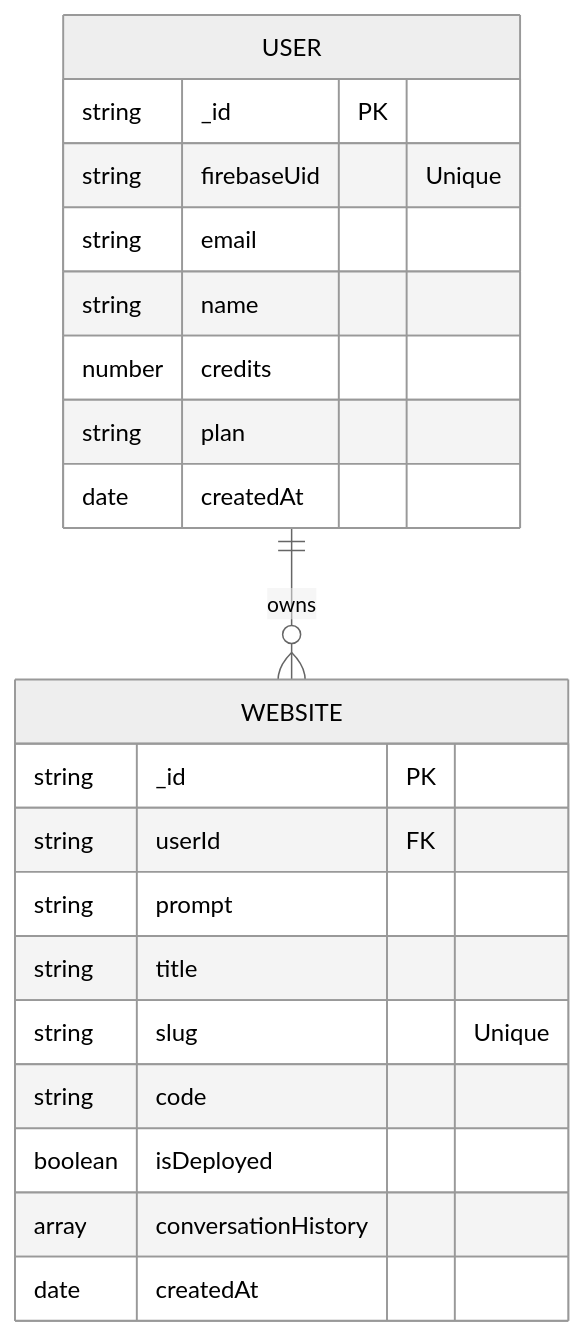
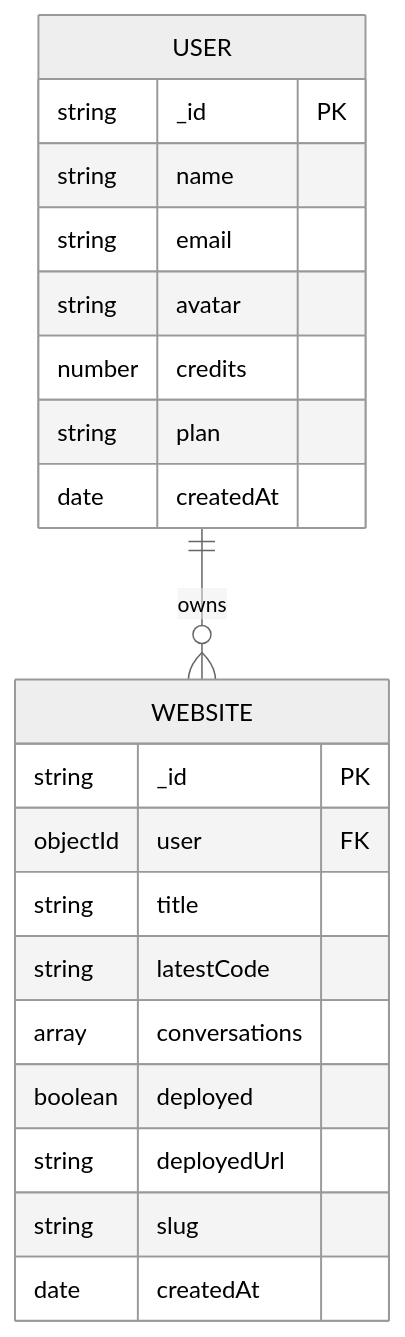
One commit to sshivanshg/gen-web-ai-main changed the third of 3 diagrams in README.md. Above: the diagram before and after it, drawn with Mermaid (neutral theme). The commit also changed other lines of this file and 8 other files, not shown here.

````diff
--- a/README.md
+++ b/README.md
@@ -153,24 +135,24 @@
 ```mermaid
 erDiagram
     USER ||--o{ WEBSITE : owns
     USER {
         string _id PK
-        string firebaseUid "Unique"
+        string name
         string email
-        string name
+        string avatar
         number credits
         string plan
         date createdAt
     }
     WEBSITE {
         string _id PK
-        string userId FK
-        string prompt
+        objectId user FK
         string title
-        string slug "Unique"
-        string code
-        boolean isDeployed
-        array conversationHistory
+        string latestCode
+        array conversations
+        boolean deployed
+        string deployedUrl
+        string slug
         date createdAt
     }
 ```
````
